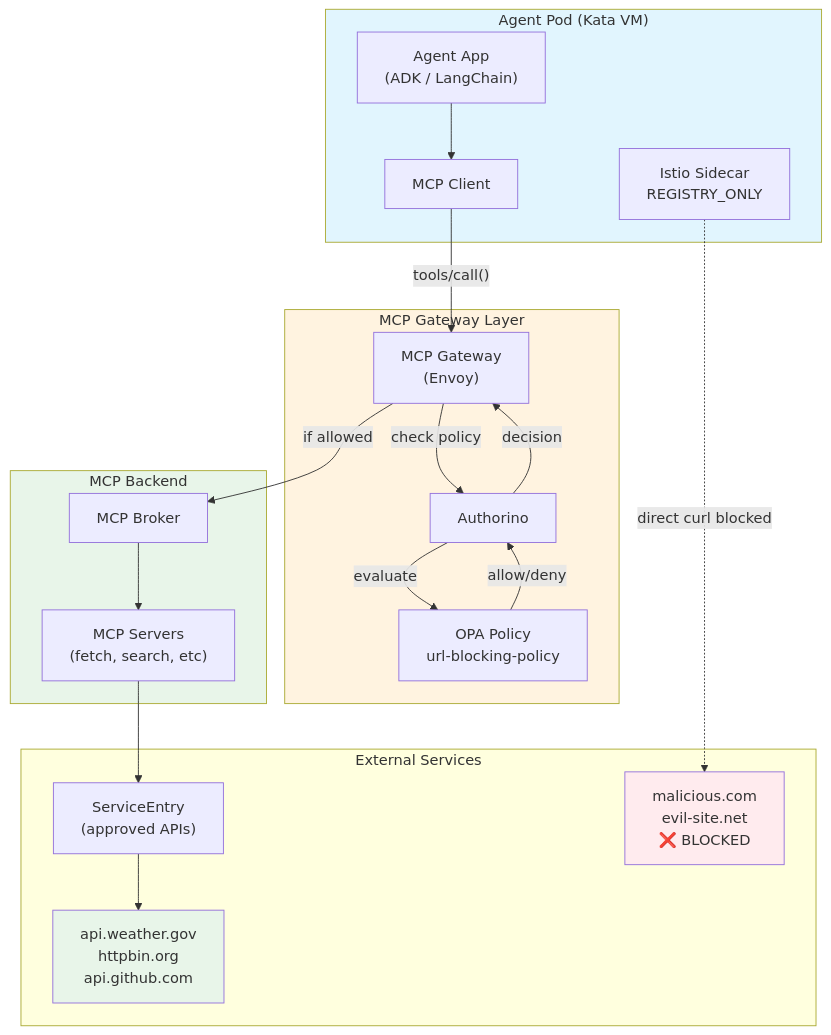
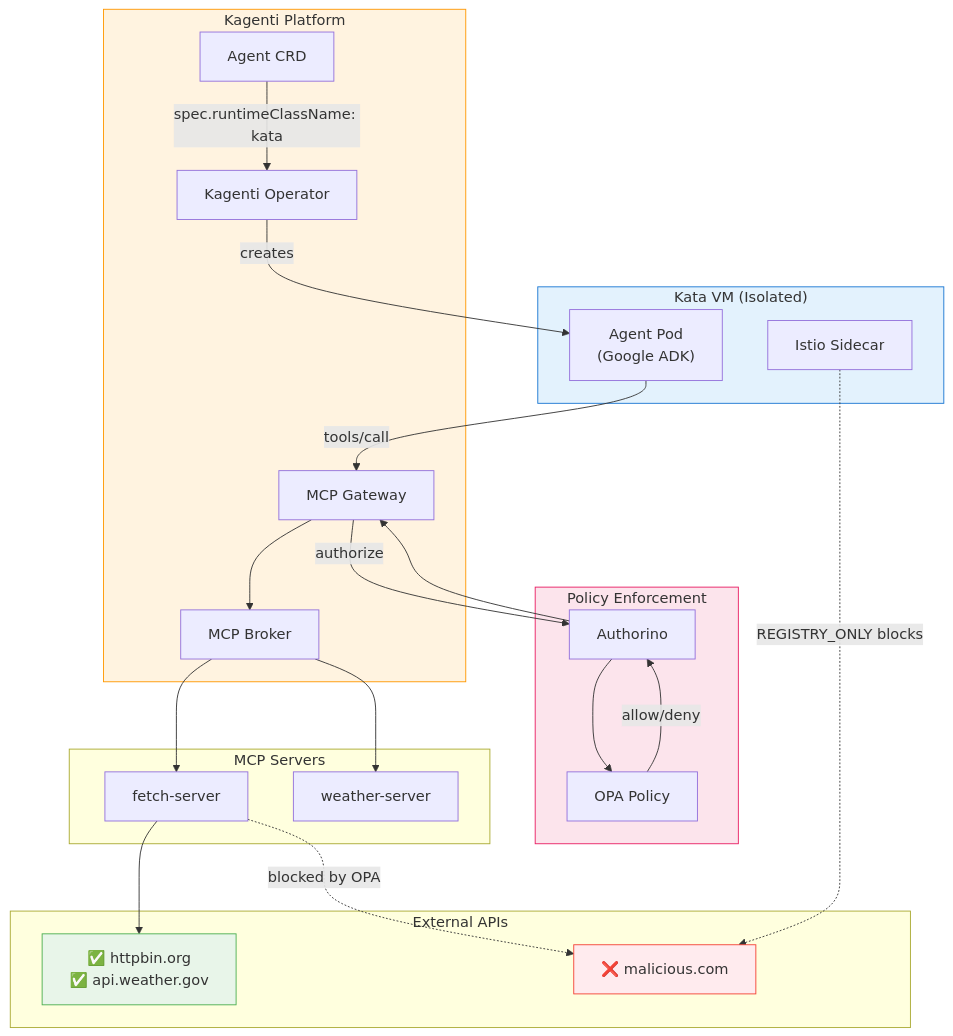
One commit to rrbanda/agent-sandbox-ocp changed the first of 3 diagrams in docs/architecture.md. Above: the diagram before and after it, drawn with Mermaid. The commit also changed other lines of this file and 1 other file, not shown here.

First line of the commit message:
Fix architecture diagram to show Kagenti Agent CRD + Kata

````diff
--- a/docs/architecture.md
+++ b/docs/architecture.md
@@ -3,44 +5,56 @@
 ```mermaid
 flowchart TB
-    subgraph AgentPod["Agent Pod (Kata VM)"]
-        Agent["Agent App<br/>(ADK / LangChain)"]
-        MCP_Client["MCP Client"]
-        Sidecar["Istio Sidecar<br/>REGISTRY_ONLY"]
+    subgraph Kagenti["Kagenti Platform"]
+        Operator["Kagenti Operator"]
+        AgentCRD["Agent CRD"]
+        MCPGateway["MCP Gateway"]
+        Broker["MCP Broker"]
     end
 
-    subgraph Gateway["MCP Gateway Layer"]
-        MCPGateway["MCP Gateway<br/>(Envoy)"]
-        Authorino["Authorino"]
-        OPA["OPA Policy<br/>url-blocking-policy"]
+    subgraph KataVM["Kata VM (Isolated)"]
+        AgentPod["Agent Pod<br/>(Google ADK)"]
+        IstioSidecar["Istio Sidecar"]
     end
 
-    subgraph Backend["MCP Backend"]
-        Broker["MCP Broker"]
-        MCPServer["MCP Servers<br/>(fetch, search, etc)"]
+    subgraph Policy["Policy Enforcement"]
+        Authorino["Authorino"]
+        OPA["OPA Policy"]
     end
 
-    subgraph External["External Services"]
-        ServiceEntry["ServiceEntry<br/>(approved APIs)"]
-        ApprovedAPIs["api.weather.gov<br/>httpbin.org<br/>api.github.com"]
-        BlockedAPIs["malicious.com<br/>evil-site.net<br/>❌ BLOCKED"]
+    subgraph MCPBackend["MCP Servers"]
+        MCPServer1["fetch-server"]
+        MCPServer2["weather-server"]
     end
 
-    Agent --> MCP_Client
-    MCP_Client -->|"tools/call()"| MCPGateway
-    MCPGateway -->|"check policy"| Authorino
-    Authorino -->|"evaluate"| OPA
+    subgraph External["External APIs"]
+        Approved["✅ httpbin.org<br/>✅ api.weather.gov"]
+        Blocked["❌ malicious.com"]
+    end
+
+    %% Kagenti creates agent
+    Operator -->|"creates"| AgentPod
+    AgentCRD -->|"spec.runtimeClassName: kata"| Operator
+    
+    %% Agent calls tools via MCP Gateway
+    AgentPod -->|"tools/call"| MCPGateway
+    MCPGateway -->|"authorize"| Authorino
+    Authorino --> OPA
     OPA -->|"allow/deny"| Authorino
-    Authorino -->|"decision"| MCPGateway
-    MCPGateway -->|"if allowed"| Broker
-    Broker --> MCPServer
-    MCPServer --> ServiceEntry
-    ServiceEntry --> ApprovedAPIs
+    Authorino --> MCPGateway
+    MCPGateway --> Broker
+    Broker --> MCPServer1
+    Broker --> MCPServer2
 
-    Sidecar -.->|"direct curl blocked"| BlockedAPIs
+    %% MCP servers access external APIs
+    MCPServer1 --> Approved
+    MCPServer1 -.->|"blocked by OPA"| Blocked
 
-    style AgentPod fill:#e1f5fe
-    style Gateway fill:#fff3e0
-    style Backend fill:#e8f5e9
-    style BlockedAPIs fill:#ffebee
-    style ApprovedAPIs fill:#e8f5e9
+    %% Istio blocks direct access
+    IstioSidecar -.->|"REGISTRY_ONLY blocks"| Blocked
+
+    style KataVM fill:#e3f2fd,stroke:#1976d2
+    style Kagenti fill:#fff3e0,stroke:#ff9800
+    style Policy fill:#fce4ec,stroke:#e91e63
+    style Blocked fill:#ffebee,stroke:#f44336
+    style Approved fill:#e8f5e9,stroke:#4caf50
 ```
````
